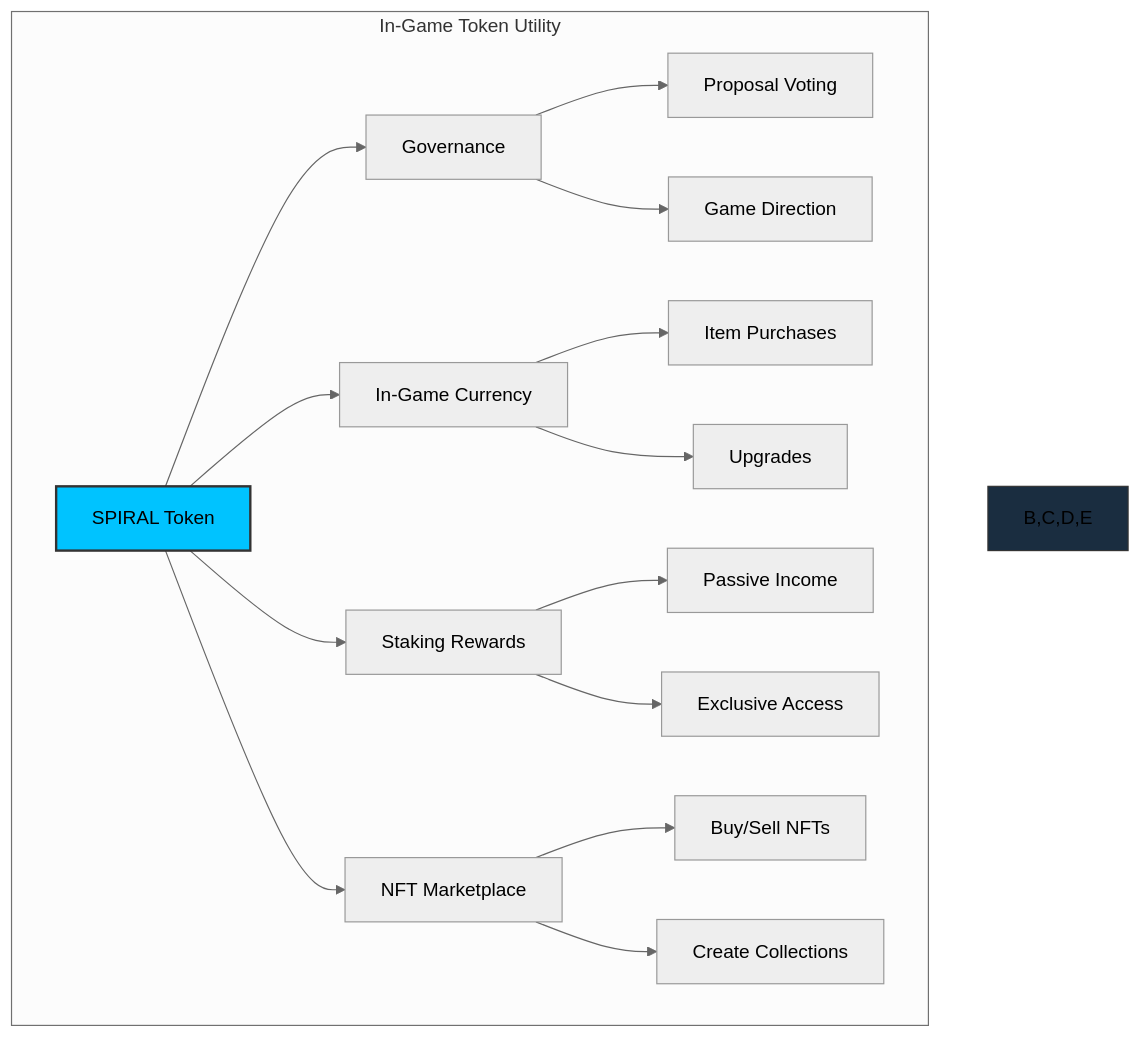
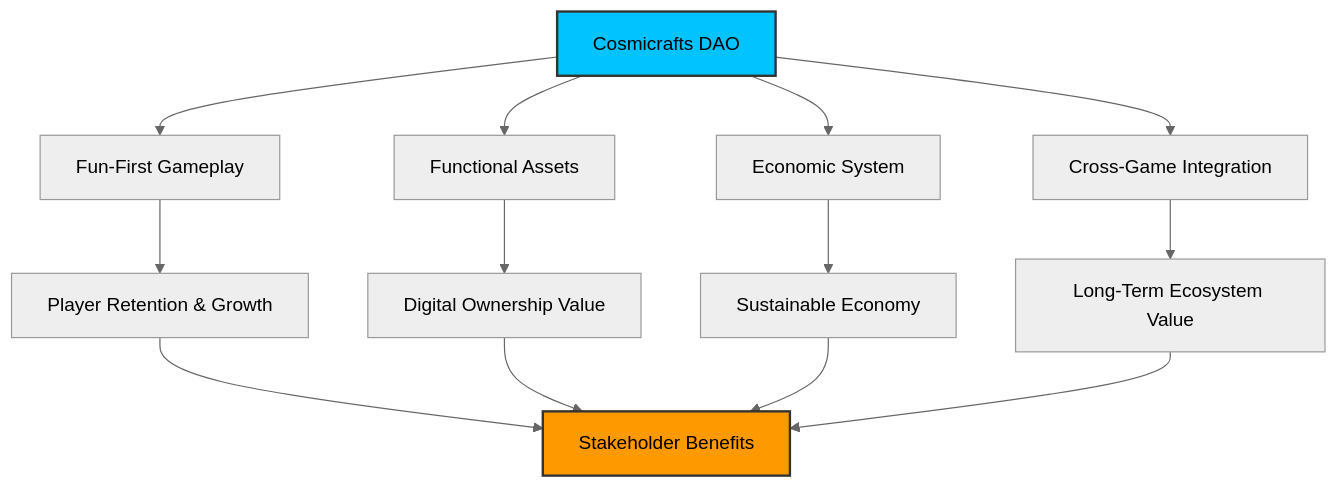
The second of 2 diagrams in src/frontend/src/assets/markdown/en/core-features.md (cosmicrafts/cosmicrafts-dao), drawn with Mermaid (neutral theme) before and after one commit. The commit also changed other lines of this file and 5 other files, not shown here.

````diff
--- a/src/frontend/src/assets/markdown/en/core-features.md
+++ b/src/frontend/src/assets/markdown/en/core-features.md
@@ -550,24 +143,20 @@
 ```mermaid
 graph TD
-    subgraph "In-Game Token Utility"
-        A[SPIRAL Token] --> B[Governance]
-        A --> C[In-Game Currency]
-        A --> D[Staking Rewards]
-        A --> E[NFT Marketplace]
-        
-        B --> B1[Proposal Voting]
-        B --> B2[Game Direction]
-        
-        C --> C1[Item Purchases]
-        C --> C2[Upgrades]
-        
-        D --> D1[Passive Income]
-        D --> D2[Exclusive Access]
-        
-        E --> E1[Buy/Sell NFTs]
-        E --> E2[Create Collections]
-    end
-    
+    A[Cosmicrafts DAO] --> B[Fun-First Gameplay]
+    A --> C[Functional Assets]
+    A --> D[Economic System]
+    A --> E[Cross-Game Integration]
+
+    B --> B1[Player Retention & Growth]
+    C --> C1[Digital Ownership Value]
+    D --> D1[Sustainable Economy]
+    E --> E1[Long-Term Ecosystem Value]
+
+    B1 --> F[Stakeholder Benefits]
+    C1 --> F
+    D1 --> F
+    E1 --> F
+
     style A fill:#00c3ff,stroke:#333,stroke-width:2px
-    style B,C,D,E fill:#1a2d40,stroke:#333,stroke-width:1px
+    style F fill:#ff9900,stroke:#333,stroke-width:2px
 ```
````
